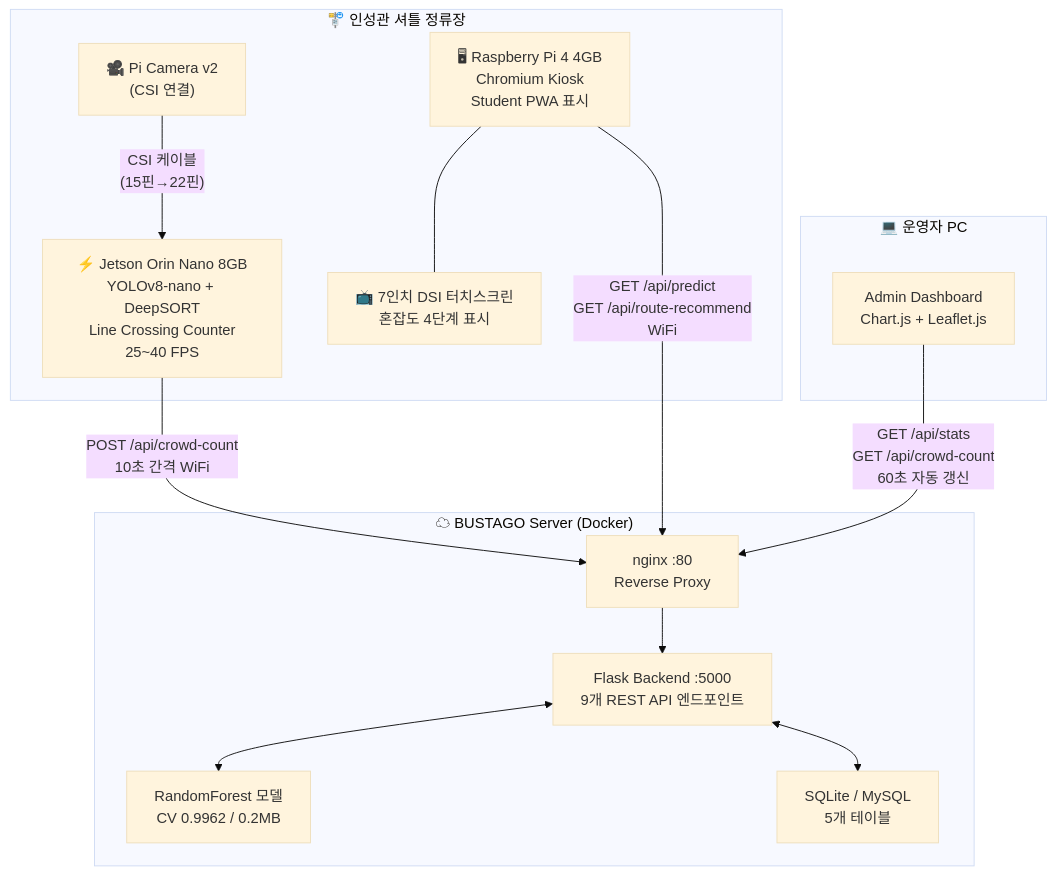
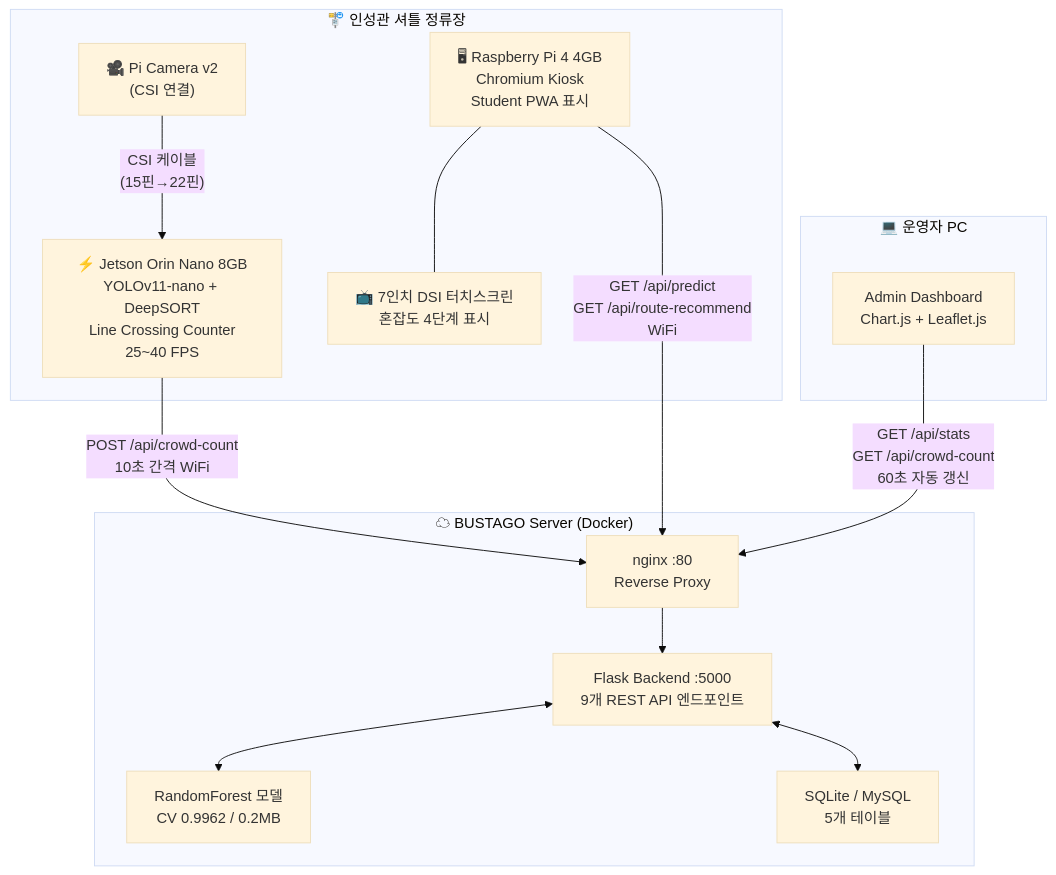
Before and after one commit to HUNMINRYU/bustago: the diagram in docs/02_설계/하드웨어_시스템_개념도.md, drawn with Mermaid (base theme). The commit also changed other lines of this file and 3 other files, not shown here.

````diff
--- a/docs/02_설계/하드웨어_시스템_개념도.md
+++ b/docs/02_설계/하드웨어_시스템_개념도.md
@@ -11,29 +11,29 @@
 ```mermaid
 graph TB
     subgraph STOP["🚏 인성관 셔틀 정류장"]
         CAM["🎥 Pi Camera v2<br/>(CSI 연결)"]
-        JETSON["⚡ Jetson Orin Nano 8GB<br/>YOLOv8-nano + DeepSORT<br/>Line Crossing Counter<br/>25~40 FPS"]
+        JETSON["⚡ Jetson Orin Nano 8GB<br/>YOLOv11-nano + DeepSORT<br/>Line Crossing Counter<br/>25~40 FPS"]
         PI["🖥 Raspberry Pi 4 4GB<br/>Chromium Kiosk<br/>Student PWA 표시"]
         DISPLAY["📺 7인치 DSI 터치스크린<br/>혼잡도 4단계 표시"]
     end
 
     subgraph SERVER["☁ BUSTAGO Server (Docker)"]
         NGINX["nginx :80<br/>Reverse Proxy"]
         BACKEND["Flask Backend :5000<br/>9개 REST API 엔드포인트"]
         ML["RandomForest 모델<br/>CV 0.9962 / 0.2MB"]
         DB["SQLite / MySQL<br/>5개 테이블"]
     end
 
     subgraph ADMIN["💻 운영자 PC"]
         DASH["Admin Dashboard<br/>Chart.js + Leaflet.js"]
     end
 
     CAM -->|"CSI 케이블<br/>(15핀→22핀)"| JETSON
     JETSON -->|"POST /api/crowd-count<br/>10초 간격 WiFi"| NGINX
     PI -->|"GET /api/predict<br/>GET /api/route-recommend<br/>WiFi"| NGINX
     PI --- DISPLAY
     NGINX --> BACKEND
     BACKEND <--> ML
     BACKEND <--> DB
     DASH -->|"GET /api/stats<br/>GET /api/crowd-count<br/>60초 자동 갱신"| NGINX
 ```
````
